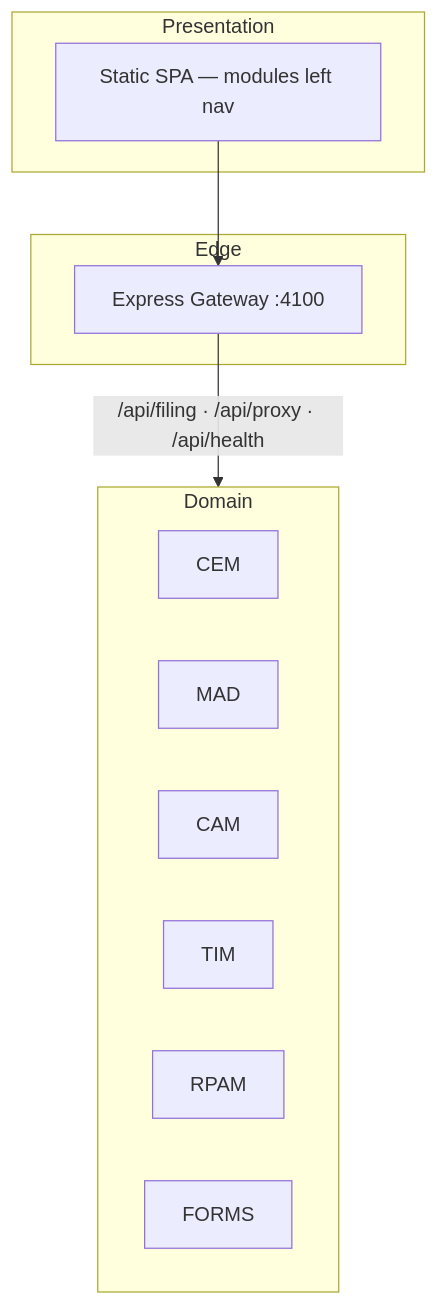
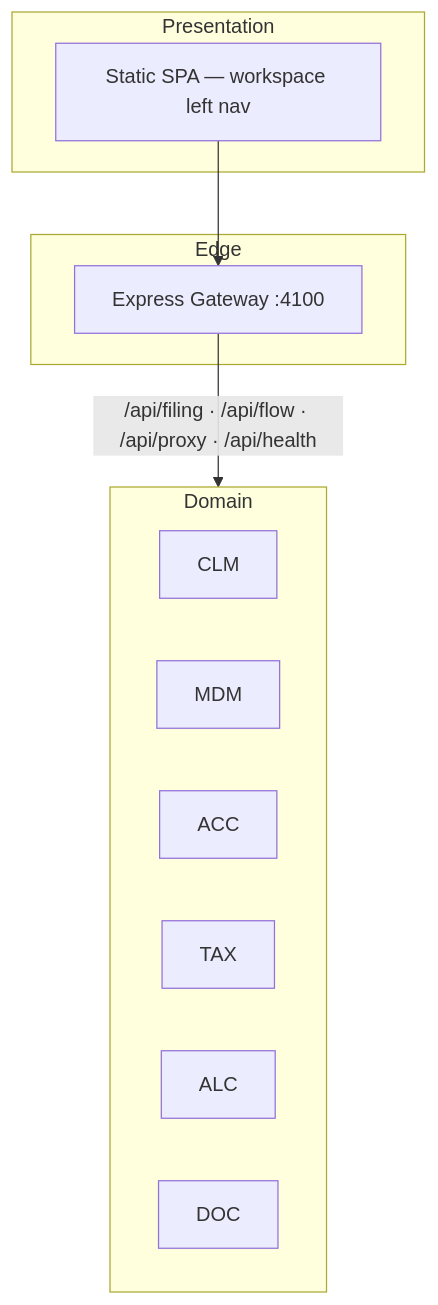
The third of 3 diagrams in docs/ARCHITECTURE.md (Avinash258/contract-testing-business-demo), drawn with Mermaid before and after one commit. The commit also changed other lines of this file and 9 other files, not shown here.

First line of the commit message:
Update TaxMesh documentation and frontend styles for new microservices architecture

````diff
--- a/docs/ARCHITECTURE.md
+++ b/docs/ARCHITECTURE.md
@@ -105,14 +116,14 @@
 ```mermaid
 flowchart TB
   subgraph Presentation
-    UI[Static SPA — modules left nav]
+    UI[Static SPA — workspace left nav]
   end
   subgraph Edge
     GW[Express Gateway :4100]
   end
   subgraph Domain
-    CEM & MAD & CAM & TIM & RPAM & FORMS
+    CLM & MDM & ACC & TAX & ALC & DOC
   end
   UI --> GW
-  GW -->|/api/filing · /api/proxy · /api/health| Domain
+  GW -->|/api/filing · /api/flow · /api/proxy · /api/health| Domain
 ```
````
